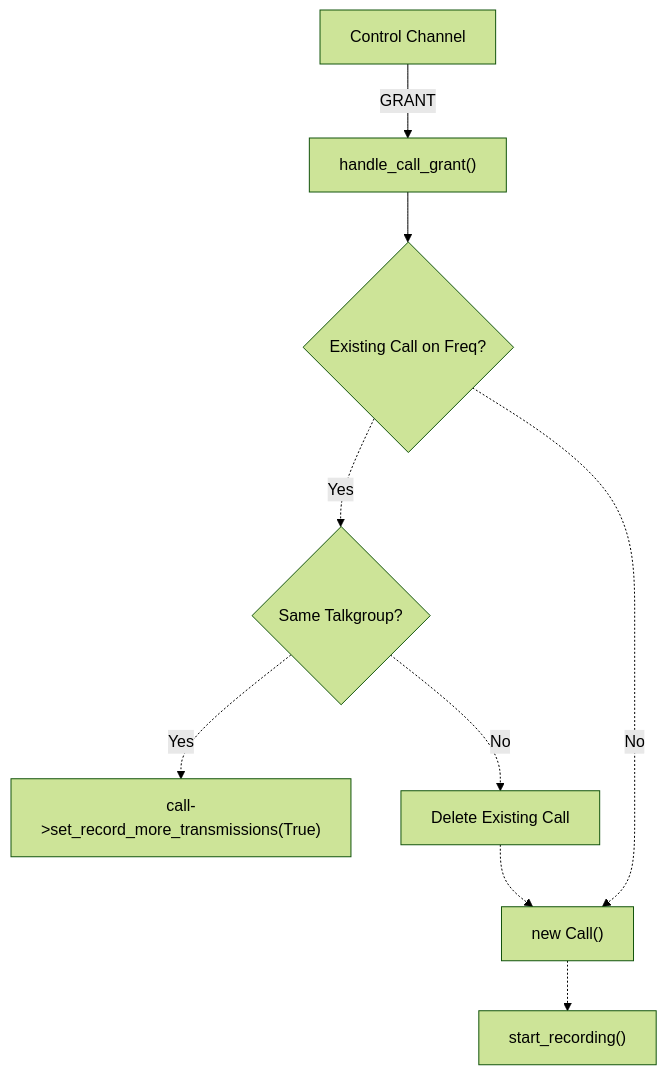
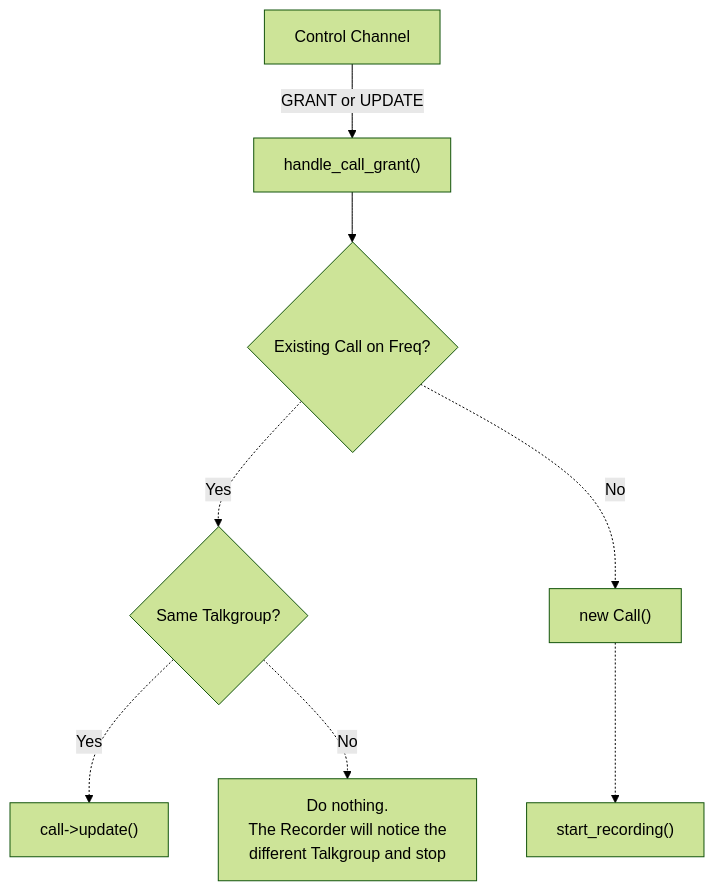
One commit to robotastic/trunk-recorder changed the first of 3 diagrams in docs/notes/CALL-HANDLING.md. Above: the diagram before and after it, drawn with Mermaid (forest theme). The commit also changed other lines of this file and 1 other file, not shown here.

Commit message:
Updated the Mermaid charts

````diff
--- a/docs/notes/CALL-HANDLING.md
+++ b/docs/notes/CALL-HANDLING.md
@@ -3,11 +3,10 @@
 ```mermaid
 flowchart TD
-A[Control Channel] -->|GRANT| B["handle_call_grant()"]
+A[Control Channel] -->|GRANT or UPDATE| B["handle_call_grant()"]
 B --> C{Existing Call on Freq?}
 C -.->|Yes| D{Same Talkgroup?}
 C -.->|No| G["new Call()"]
-D -.->|Yes| E["call->set_record_more_transmissions(True)"]
-D -.->|No| F[Delete Existing Call]
-F -.-> G
+D -.->|Yes| E["call->update()"]
+D -.->|No| F[Do nothing.\n The Recorder will notice the \ndifferent Talkgroup and stop]
 G -.-> H["start_recording()"]
 ```
````
